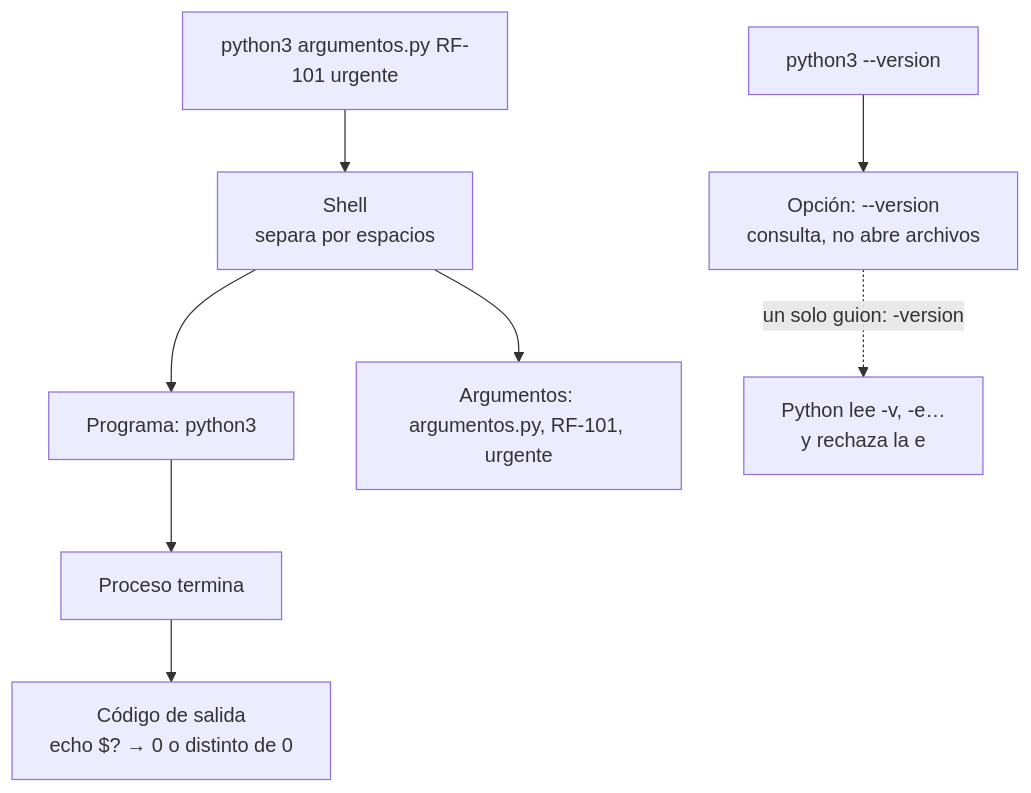
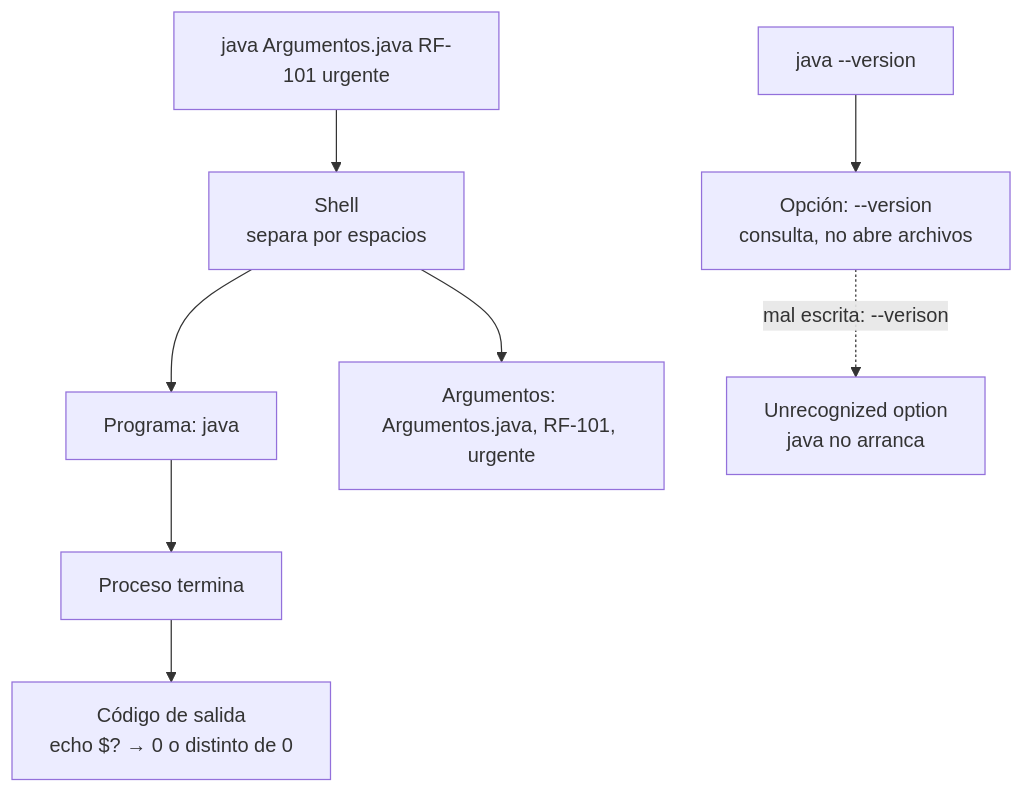
One commit to NICORUIZ93/The_Imperial_Book changed the fifth of 7 diagrams in web/public/content/foundations/modulo-0.md. Above: the diagram before and after it, drawn with Mermaid. The commit also changed other lines of this file and 4 other files, not shown here.

````diff
--- a/web/public/content/foundations/modulo-0.md
+++ b/web/public/content/foundations/modulo-0.md
@@ -928,10 +955,10 @@
 ```mermaid
 flowchart TD
-    C["python3 argumentos.py RF-101 urgente"] --> S["Shell<br/>separa por espacios"]
-    S --> P["Programa: python3"]
-    S --> A["Argumentos: argumentos.py, RF-101, urgente"]
-    V["python3 --version"] --> O["Opción: --version<br/>consulta, no abre archivos"]
-    O -.->|"un solo guion: -version"| X["Python lee -v, -e…<br/>y rechaza la e"]
+    C["java Argumentos.java RF-101 urgente"] --> S["Shell<br/>separa por espacios"]
+    S --> P["Programa: java"]
+    S --> A["Argumentos: Argumentos.java, RF-101, urgente"]
+    V["java --version"] --> O["Opción: --version<br/>consulta, no abre archivos"]
+    O -.->|"mal escrita: --verison"| X["Unrecognized option<br/>java no arranca"]
     P --> R["Proceso termina"]
     R --> E["Código de salida<br/>echo $? → 0 o distinto de 0"]
 ```
````
